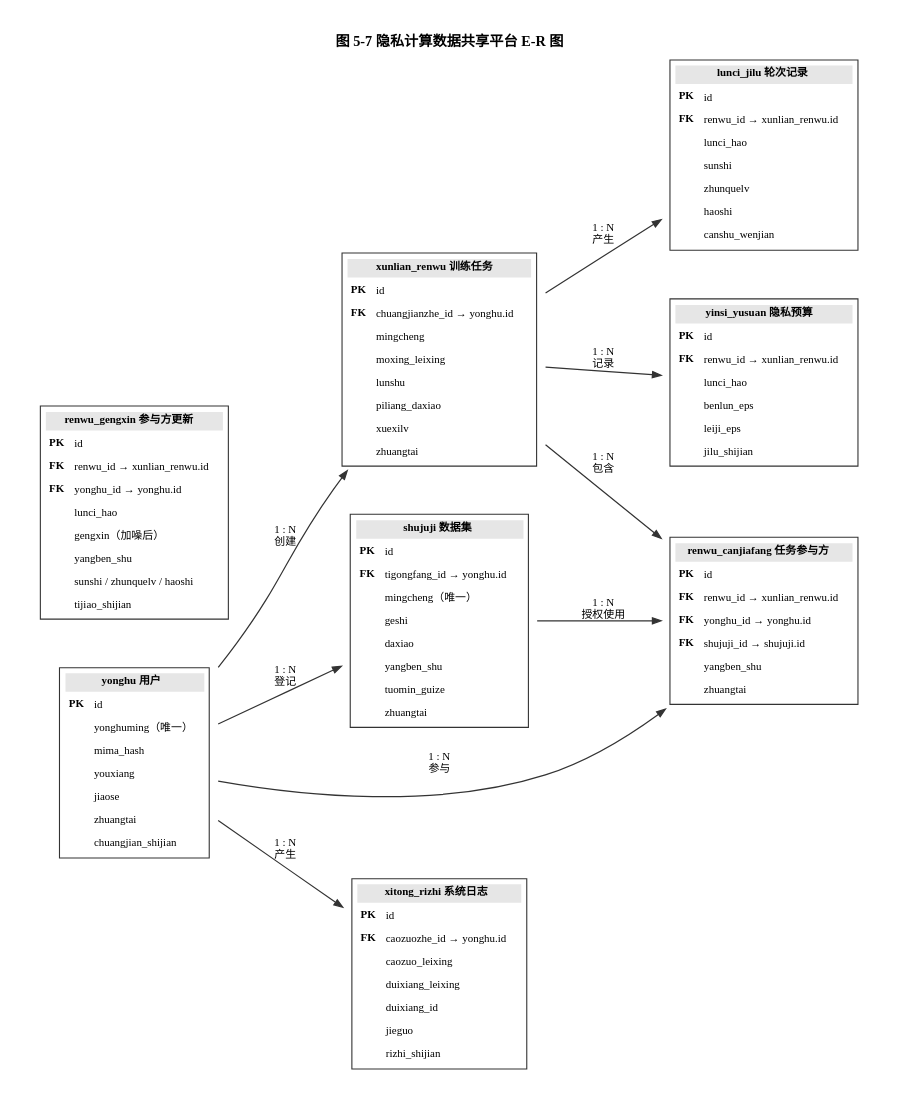
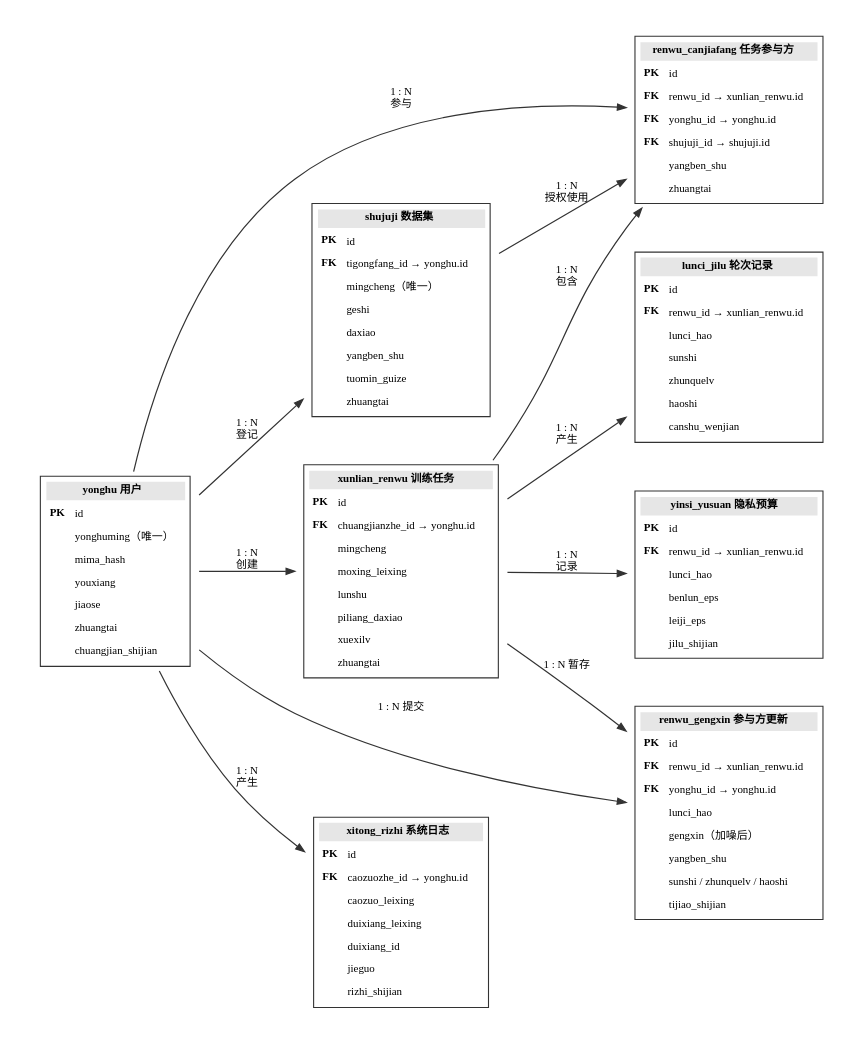
One commit to Alanxbr/SoftwareEngineering-Lab changed the diagram in Experiment5/uml/er_tu.dot. Above: the diagram before and after it, drawn with Graphviz. The commit also changed 3 other files, not shown here.

Commit message:
docs(experiment5/6): 修正 E-R 图与模块依赖图

```diff
--- a/Experiment5/uml/er_tu.dot
+++ b/Experiment5/uml/er_tu.dot
@@ -1,114 +1,116 @@
 digraph er {
   graph [rankdir=LR, splines=spline, nodesep=0.5, ranksep=0.9,
          fontname="Microsoft YaHei", fontsize=13, pad=0.3, charset="UTF-8",
-         label=<<B>图 5-7 隐私计算数据共享平台 E-R 图</B>>, labelloc=t, labeljust=c];
+         ];
   node  [shape=plaintext, fontname="Microsoft YaHei", fontsize=10];
   edge  [fontname="Microsoft YaHei", fontsize=10, color="#333333", penwidth=1.1,
          arrowsize=0.8];
 
   yonghu [label=<
     <TABLE BORDER="1" CELLBORDER="0" CELLSPACING="4" CELLPADDING="3" COLOR="#333333">
       <TR><TD COLSPAN="2" BGCOLOR="#E6E6E6"><B>yonghu 用户</B></TD></TR>
       <TR><TD ALIGN="LEFT"><B>PK</B></TD><TD ALIGN="LEFT">id</TD></TR>
       <TR><TD></TD><TD ALIGN="LEFT">yonghuming（唯一）</TD></TR>
       <TR><TD></TD><TD ALIGN="LEFT">mima_hash</TD></TR>
       <TR><TD></TD><TD ALIGN="LEFT">youxiang</TD></TR>
       <TR><TD></TD><TD ALIGN="LEFT">jiaose</TD></TR>
       <TR><TD></TD><TD ALIGN="LEFT">zhuangtai</TD></TR>
       <TR><TD></TD><TD ALIGN="LEFT">chuangjian_shijian</TD></TR>
     </TABLE>>];
 
   shujuji [label=<
     <TABLE BORDER="1" CELLBORDER="0" CELLSPACING="4" CELLPADDING="3" COLOR="#333333">
       <TR><TD COLSPAN="2" BGCOLOR="#E6E6E6"><B>shujuji 数据集</B></TD></TR>
       <TR><TD ALIGN="LEFT"><B>PK</B></TD><TD ALIGN="LEFT">id</TD></TR>
       <TR><TD ALIGN="LEFT"><B>FK</B></TD><TD ALIGN="LEFT">tigongfang_id → yonghu.id</TD></TR>
       <TR><TD></TD><TD ALIGN="LEFT">mingcheng（唯一）</TD></TR>
       <TR><TD></TD><TD ALIGN="LEFT">geshi</TD></TR>
       <TR><TD></TD><TD ALIGN="LEFT">daxiao</TD></TR>
       <TR><TD></TD><TD ALIGN="LEFT">yangben_shu</TD></TR>
       <TR><TD></TD><TD ALIGN="LEFT">tuomin_guize</TD></TR>
       <TR><TD></TD><TD ALIGN="LEFT">zhuangtai</TD></TR>
     </TABLE>>];
 
   xunlian_renwu [label=<
     <TABLE BORDER="1" CELLBORDER="0" CELLSPACING="4" CELLPADDING="3" COLOR="#333333">
       <TR><TD COLSPAN="2" BGCOLOR="#E6E6E6"><B>xunlian_renwu 训练任务</B></TD></TR>
       <TR><TD ALIGN="LEFT"><B>PK</B></TD><TD ALIGN="LEFT">id</TD></TR>
       <TR><TD ALIGN="LEFT"><B>FK</B></TD><TD ALIGN="LEFT">chuangjianzhe_id → yonghu.id</TD></TR>
       <TR><TD></TD><TD ALIGN="LEFT">mingcheng</TD></TR>
       <TR><TD></TD><TD ALIGN="LEFT">moxing_leixing</TD></TR>
       <TR><TD></TD><TD ALIGN="LEFT">lunshu</TD></TR>
       <TR><TD></TD><TD ALIGN="LEFT">piliang_daxiao</TD></TR>
       <TR><TD></TD><TD ALIGN="LEFT">xuexilv</TD></TR>
       <TR><TD></TD><TD ALIGN="LEFT">zhuangtai</TD></TR>
     </TABLE>>];
 
   renwu_canjiafang [label=<
     <TABLE BORDER="1" CELLBORDER="0" CELLSPACING="4" CELLPADDING="3" COLOR="#333333">
       <TR><TD COLSPAN="2" BGCOLOR="#E6E6E6"><B>renwu_canjiafang 任务参与方</B></TD></TR>
       <TR><TD ALIGN="LEFT"><B>PK</B></TD><TD ALIGN="LEFT">id</TD></TR>
       <TR><TD ALIGN="LEFT"><B>FK</B></TD><TD ALIGN="LEFT">renwu_id → xunlian_renwu.id</TD></TR>
       <TR><TD ALIGN="LEFT"><B>FK</B></TD><TD ALIGN="LEFT">yonghu_id → yonghu.id</TD></TR>
       <TR><TD ALIGN="LEFT"><B>FK</B></TD><TD ALIGN="LEFT">shujuji_id → shujuji.id</TD></TR>
       <TR><TD></TD><TD ALIGN="LEFT">yangben_shu</TD></TR>
       <TR><TD></TD><TD ALIGN="LEFT">zhuangtai</TD></TR>
     </TABLE>>];
 
   lunci_jilu [label=<
     <TABLE BORDER="1" CELLBORDER="0" CELLSPACING="4" CELLPADDING="3" COLOR="#333333">
       <TR><TD COLSPAN="2" BGCOLOR="#E6E6E6"><B>lunci_jilu 轮次记录</B></TD></TR>
       <TR><TD ALIGN="LEFT"><B>PK</B></TD><TD ALIGN="LEFT">id</TD></TR>
       <TR><TD ALIGN="LEFT"><B>FK</B></TD><TD ALIGN="LEFT">renwu_id → xunlian_renwu.id</TD></TR>
       <TR><TD></TD><TD ALIGN="LEFT">lunci_hao</TD></TR>
       <TR><TD></TD><TD ALIGN="LEFT">sunshi</TD></TR>
       <TR><TD></TD><TD ALIGN="LEFT">zhunquelv</TD></TR>
       <TR><TD></TD><TD ALIGN="LEFT">haoshi</TD></TR>
       <TR><TD></TD><TD ALIGN="LEFT">canshu_wenjian</TD></TR>
     </TABLE>>];
 
   yinsi_yusuan [label=<
     <TABLE BORDER="1" CELLBORDER="0" CELLSPACING="4" CELLPADDING="3" COLOR="#333333">
       <TR><TD COLSPAN="2" BGCOLOR="#E6E6E6"><B>yinsi_yusuan 隐私预算</B></TD></TR>
       <TR><TD ALIGN="LEFT"><B>PK</B></TD><TD ALIGN="LEFT">id</TD></TR>
       <TR><TD ALIGN="LEFT"><B>FK</B></TD><TD ALIGN="LEFT">renwu_id → xunlian_renwu.id</TD></TR>
       <TR><TD></TD><TD ALIGN="LEFT">lunci_hao</TD></TR>
       <TR><TD></TD><TD ALIGN="LEFT">benlun_eps</TD></TR>
       <TR><TD></TD><TD ALIGN="LEFT">leiji_eps</TD></TR>
       <TR><TD></TD><TD ALIGN="LEFT">jilu_shijian</TD></TR>
     </TABLE>>];
 
   renwu_gengxin [label=<
     <TABLE BORDER="1" CELLBORDER="0" CELLSPACING="4" CELLPADDING="3" COLOR="#333333">
       <TR><TD COLSPAN="2" BGCOLOR="#E6E6E6"><B>renwu_gengxin 参与方更新</B></TD></TR>
       <TR><TD ALIGN="LEFT"><B>PK</B></TD><TD ALIGN="LEFT">id</TD></TR>
       <TR><TD ALIGN="LEFT"><B>FK</B></TD><TD ALIGN="LEFT">renwu_id → xunlian_renwu.id</TD></TR>
       <TR><TD ALIGN="LEFT"><B>FK</B></TD><TD ALIGN="LEFT">yonghu_id → yonghu.id</TD></TR>
       <TR><TD></TD><TD ALIGN="LEFT">lunci_hao</TD></TR>
       <TR><TD></TD><TD ALIGN="LEFT">gengxin（加噪后）</TD></TR>
       <TR><TD></TD><TD ALIGN="LEFT">yangben_shu</TD></TR>
       <TR><TD></TD><TD ALIGN="LEFT">sunshi / zhunquelv / haoshi</TD></TR>
       <TR><TD></TD><TD ALIGN="LEFT">tijiao_shijian</TD></TR>
     </TABLE>>];
 
   xitong_rizhi [label=<
     <TABLE BORDER="1" CELLBORDER="0" CELLSPACING="4" CELLPADDING="3" COLOR="#333333">
       <TR><TD COLSPAN="2" BGCOLOR="#E6E6E6"><B>xitong_rizhi 系统日志</B></TD></TR>
       <TR><TD ALIGN="LEFT"><B>PK</B></TD><TD ALIGN="LEFT">id</TD></TR>
       <TR><TD ALIGN="LEFT"><B>FK</B></TD><TD ALIGN="LEFT">caozuozhe_id → yonghu.id</TD></TR>
       <TR><TD></TD><TD ALIGN="LEFT">caozuo_leixing</TD></TR>
       <TR><TD></TD><TD ALIGN="LEFT">duixiang_leixing</TD></TR>
       <TR><TD></TD><TD ALIGN="LEFT">duixiang_id</TD></TR>
       <TR><TD></TD><TD ALIGN="LEFT">jieguo</TD></TR>
       <TR><TD></TD><TD ALIGN="LEFT">rizhi_shijian</TD></TR>
     </TABLE>>];
 
   yonghu -> shujuji [label="1 : N\n登记"];
   yonghu -> xunlian_renwu [label="1 : N\n创建"];
   yonghu -> renwu_canjiafang [label="1 : N\n参与"];
   shujuji -> renwu_canjiafang [label="1 : N\n授权使用"];
   xunlian_renwu -> renwu_canjiafang [label="1 : N\n包含"];
   xunlian_renwu -> lunci_jilu [label="1 : N\n产生"];
   xunlian_renwu -> yinsi_yusuan [label="1 : N\n记录"];
   yonghu -> xitong_rizhi [label="1 : N\n产生"];
+  xunlian_renwu -> renwu_gengxin [label="1 : N 暂存"];
+  yonghu -> renwu_gengxin [label="1 : N 提交"];
 }
```
